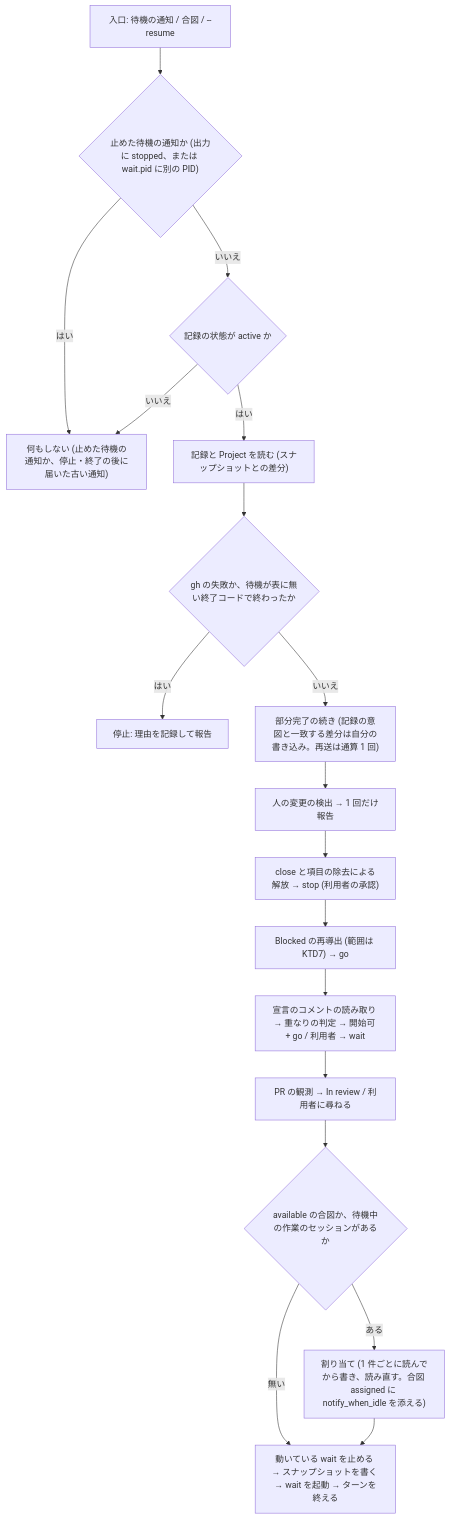
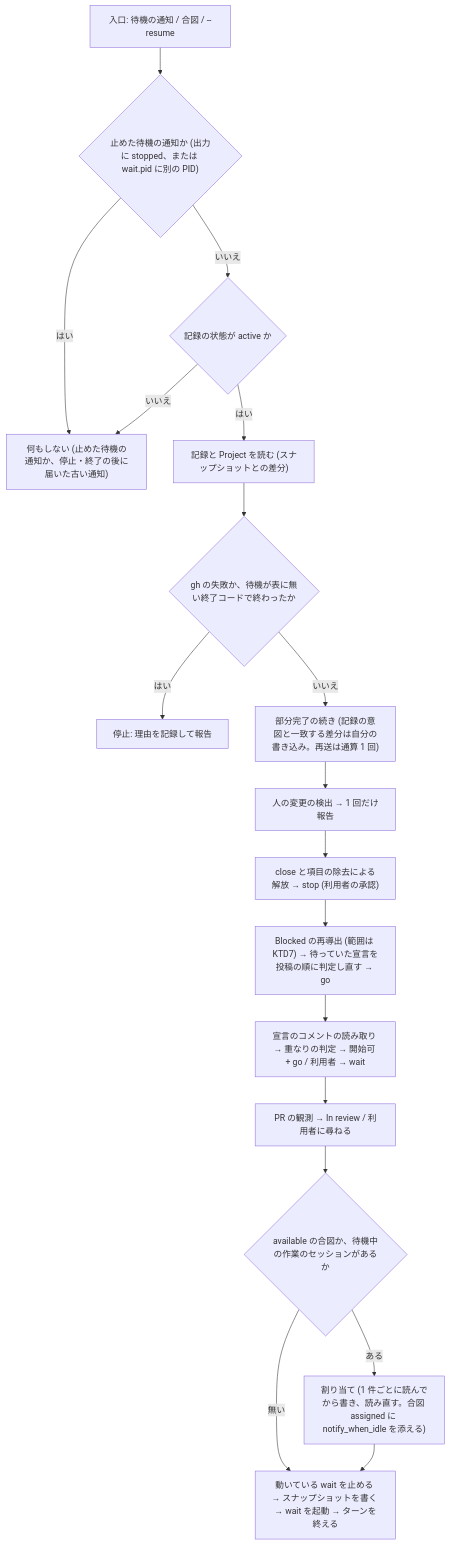
Before and after one commit to akm/claude-plugins: the third of 3 diagrams in docs/plans/2026-10-06-2025-feat-issue-dispatch-plan.md, drawn with Mermaid. The commit also changed other lines of this file, not shown here.

````diff
--- a/docs/plans/2026-10-06-2025-feat-issue-dispatch-plan.md
+++ b/docs/plans/2026-10-06-2025-feat-issue-dispatch-plan.md
@@ -539,20 +556,20 @@
 ```mermaid
 flowchart TB
   E["入口: 待機の通知 / 合図 / --resume"] --> SP{"止めた待機の通知か (出力に stopped、または wait.pid に別の PID)"}
   SP -- はい --> N["何もしない (止めた待機の通知か、停止・終了の後に届いた古い通知)"]
   SP -- いいえ --> ST{"記録の状態が active か"}
   ST -- いいえ --> N
   ST -- はい --> R0["記録と Project を読む (スナップショットとの差分)"]
   R0 --> X{"gh の失敗か、待機が表に無い終了コードで終わったか"}
   X -- はい --> S1["停止: 理由を記録して報告"]
   X -- いいえ --> Q["部分完了の続き (記録の意図と一致する差分は自分の書き込み。再送は通算 1 回)"]
   Q --> H["人の変更の検出 → 1 回だけ報告"]
   H --> C["close と項目の除去による解放 → stop (利用者の承認)"]
-  C --> B["Blocked の再導出 (範囲は KTD7) → go"]
+  C --> B["Blocked の再導出 (範囲は KTD7) → 待っていた宣言を投稿の順に判定し直す → go"]
   B --> D["宣言のコメントの読み取り → 重なりの判定 → 開始可 + go / 利用者 → wait"]
   D --> P["PR の観測 → In review / 利用者に尋ねる"]
   P --> A{"available の合図か、待機中の作業のセッションがあるか"}
   A -- ある --> AS["割り当て (1 件ごとに読んでから書き、読み直す。合図 assigned に notify_when_idle を添える)"]
   A -- 無い --> W
   AS --> W["動いている wait を止める → スナップショットを書く → wait を起動 → ターンを終える"]
 ```
````
